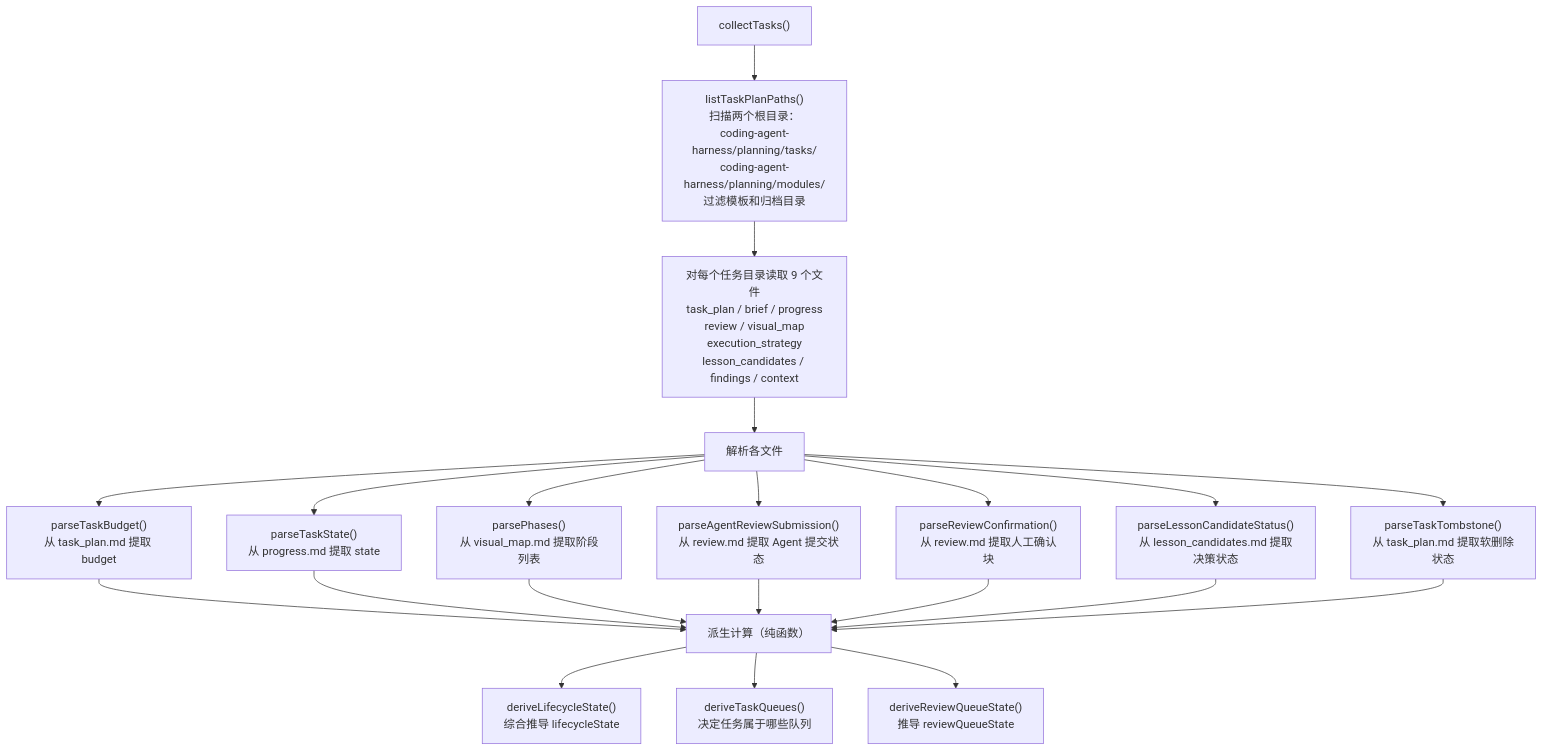
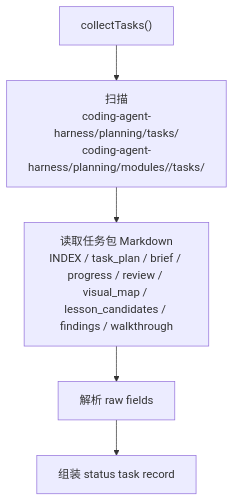
The fourth of 8 diagrams in docs-release/architecture/system-explainer/05-data-flow.md (FairladyZ625/coding-agent-harness), drawn with Mermaid before and after one commit. The commit also changed other lines of this file and 13 other files, not shown here.

Commit message:
docs: align release architecture docs

````diff
--- a/docs-release/architecture/system-explainer/05-data-flow.md
+++ b/docs-release/architecture/system-explainer/05-data-flow.md
@@ -43,24 +73,8 @@
 ```mermaid
 flowchart TD
   CT["collectTasks()"]
-
-  CT --> Discover["listTaskPlanPaths()\n扫描两个根目录：\ncoding-agent-harness/planning/tasks/\ncoding-agent-harness/planning/modules/\n过滤模板和归档目录"]
-
-  Discover --> ReadFiles["对每个任务目录读取 9 个文件\ntask_plan / brief / progress\nreview / visual_map\nexecution_strategy\nlesson_candidates / findings / context"]
-
-  ReadFiles --> Parse["解析各文件"]
-
-  Parse --> P1["parseTaskBudget()\n从 task_plan.md 提取 budget"]
-  Parse --> P2["parseTaskState()\n从 progress.md 提取 state"]
-  Parse --> P3["parsePhases()\n从 visual_map.md 提取阶段列表"]
-  Parse --> P4["parseAgentReviewSubmission()\n从 review.md 提取 Agent 提交状态"]
-  Parse --> P5["parseReviewConfirmation()\n从 review.md 提取人工确认块"]
-  Parse --> P6["parseLessonCandidateStatus()\n从 lesson_candidates.md 提取决策状态"]
-  Parse --> P7["parseTaskTombstone()\n从 task_plan.md 提取软删除状态"]
-
-  P1 & P2 & P3 & P4 & P5 & P6 & P7 --> Derive["派生计算（纯函数）"]
-
-  Derive --> LS["deriveLifecycleState()\n综合推导 lifecycleState"]
-  Derive --> QS["deriveTaskQueues()\n决定任务属于哪些队列"]
-  Derive --> RQS["deriveReviewQueueState()\n推导 reviewQueueState"]
+  CT --> Discover["扫描\ncoding-agent-harness/planning/tasks/\ncoding-agent-harness/planning/modules/<key>/tasks/"]
+  Discover --> Read["读取任务包 Markdown\nINDEX / task_plan / brief / progress / review / visual_map / lesson_candidates / findings / walkthrough"]
+  Read --> Parse["解析 raw fields"]
+  Parse --> Status["组装 status task record"]
 ```
````
